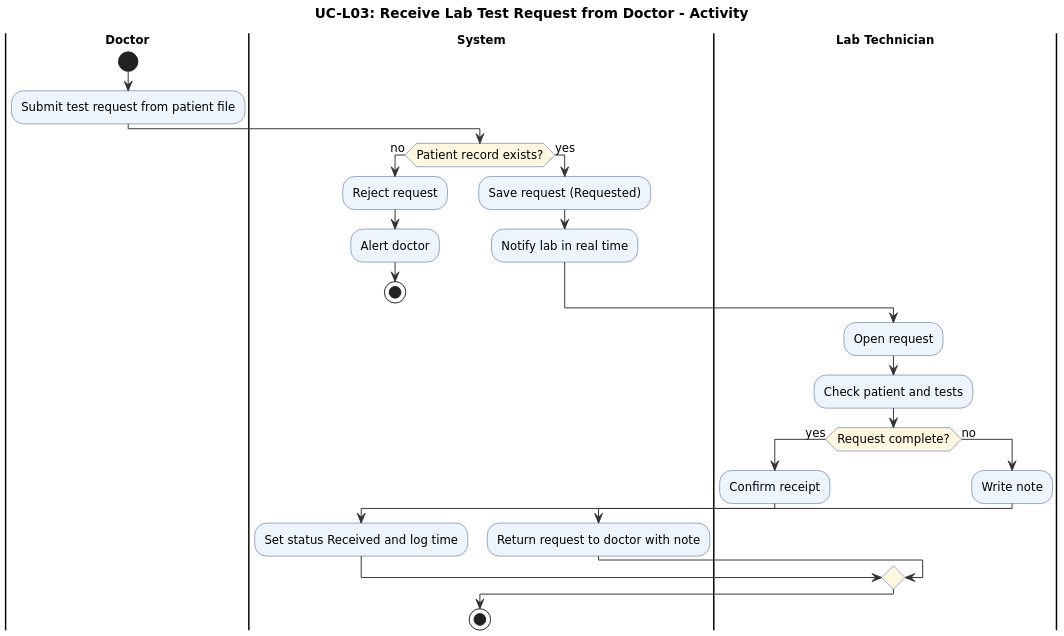
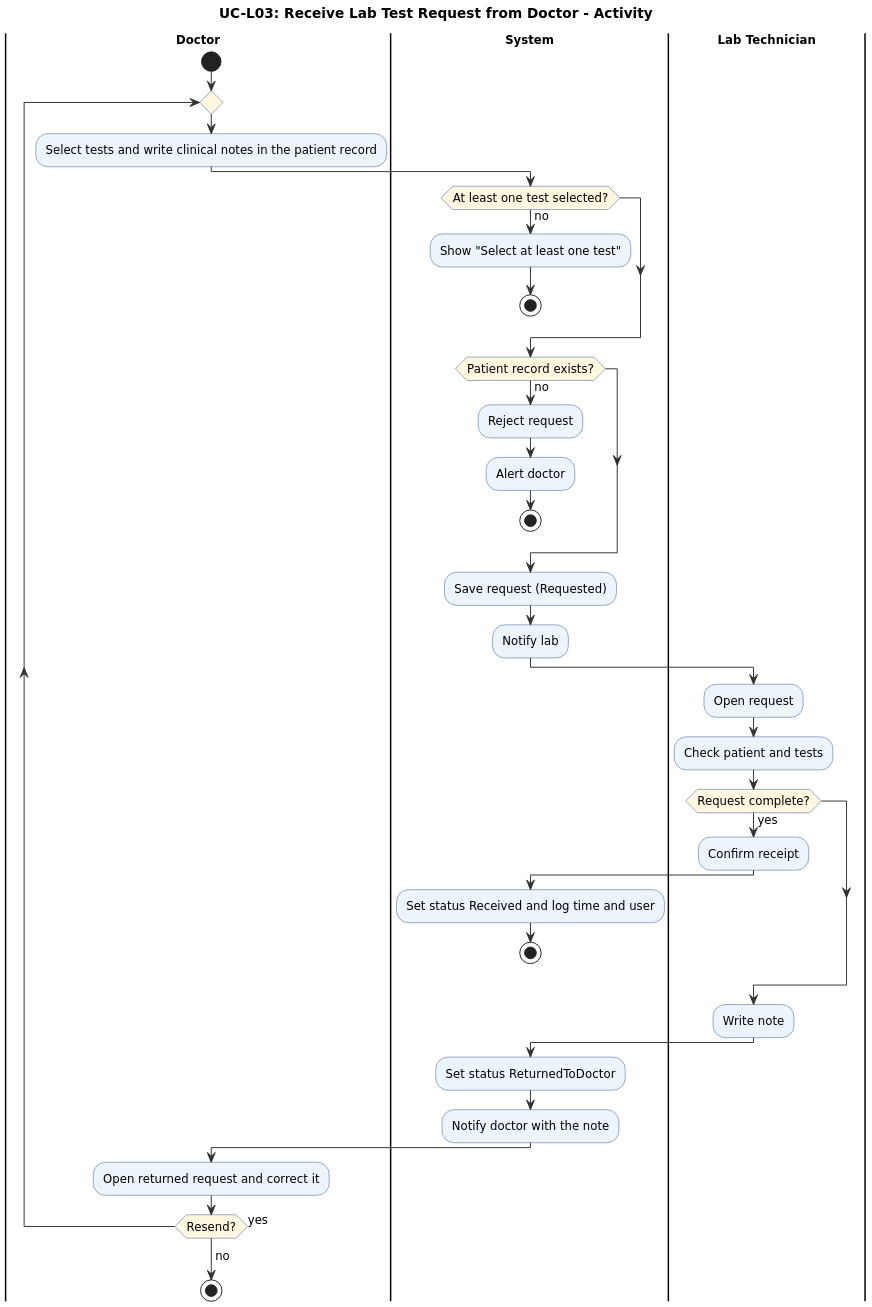
The diagram in docs/diagrams/UC-L03_act.puml (aymansl/HCMS), drawn with PlantUML before and after one commit. The commit also changed 37 other files, not shown here.

Commit message:
feat(lab): receive lab request from doctor (L3)

```diff
--- a/docs/diagrams/UC-L03_act.puml
+++ b/docs/diagrams/UC-L03_act.puml
@@ -1,46 +1,55 @@
 @startuml
 skinparam dpi 170
 skinparam shadowing false
 skinparam defaultFontName DejaVu Sans
 skinparam defaultFontSize 12
 skinparam ArrowColor #333333
 skinparam ActivityBackgroundColor #EEF4FB
 skinparam ActivityBorderColor #2F5597
 skinparam ActivityDiamondBackgroundColor #FFF7E0
 skinparam SwimlaneTitleFontStyle bold
 skinparam ParticipantBackgroundColor #EEF4FB
 skinparam ParticipantBorderColor #2F5597
 skinparam SequenceLifeLineBorderColor #888888
 skinparam UsecaseBackgroundColor #EEF4FB
 skinparam UsecaseBorderColor #2F5597
 skinparam ActorBorderColor #2F5597
 skinparam DatabaseBackgroundColor #EEF4FB
 skinparam SequenceGroupHeaderFontStyle bold
 title UC-L03: Receive Lab Test Request from Doctor - Activity
 |Doctor|
 start
-:Submit test request from patient file;
-|System|
-if (Patient record exists?) then (no)
-  :Reject request;
-  :Alert doctor;
-  stop
-else (yes)
+repeat
+  :Select tests and write clinical notes in the patient record;
+  |System|
+  if (At least one test selected?) then (no)
+    :Show "Select at least one test";
+    stop
+  endif
+  if (Patient record exists?) then (no)
+    :Reject request;
+    :Alert doctor;
+    stop
+  endif
   :Save request (Requested);
-  :Notify lab in real time;
-endif
-|Lab Technician|
-:Open request;
-:Check patient and tests;
-if (Request complete?) then (yes)
-  :Confirm receipt;
-  |System|
-  :Set status Received and log time;
-else (no)
+  :Notify lab;
+  |Lab Technician|
+  :Open request;
+  :Check patient and tests;
+  if (Request complete?) then (yes)
+    :Confirm receipt;
+    |System|
+    :Set status Received and log time and user;
+    stop
+  endif
   |Lab Technician|
   :Write note;
   |System|
-  :Return request to doctor with note;
-endif
+  :Set status ReturnedToDoctor;
+  :Notify doctor with the note;
+  |Doctor|
+  :Open returned request and correct it;
+repeat while (Resend?) is (yes)
+-> no;
 stop
 @enduml
```
